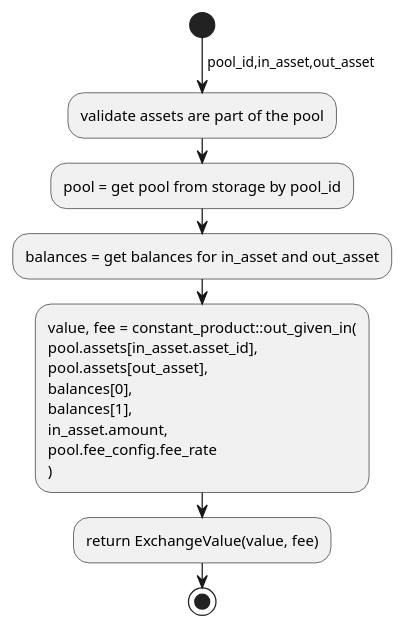
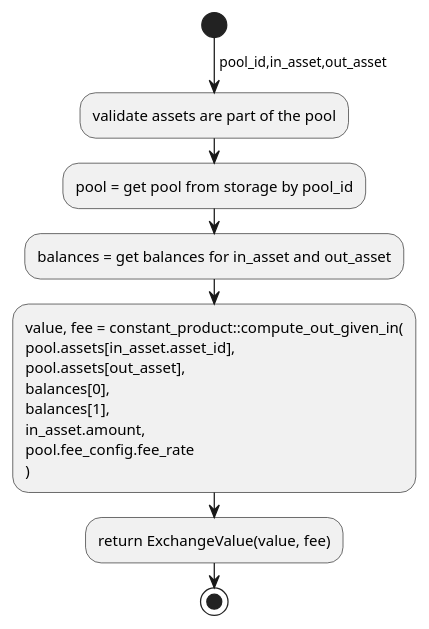
Before and after one commit to ComposableFi/composable: the second of 4 diagrams in rfcs/0008-pablo-lbp-cpp/0008-pablo-lbp-cpp-restructure.adoc, drawn with PlantUML. The commit also changed other lines of this file, not shown here.

```diff
--- a/rfcs/0008-pablo-lbp-cpp/0008-pablo-lbp-cpp-restructure.adoc
+++ b/rfcs/0008-pablo-lbp-cpp/0008-pablo-lbp-cpp-restructure.adoc
@@ -264,18 +288,18 @@
 [plantuml,images/pablo-amm-get-exchange-value,png]
 ----
 start
 ->pool_id,in_asset,out_asset;
 :validate assets are part of the pool;
 :pool = get pool from storage by pool_id;
 :balances = get balances for in_asset and out_asset;
-:value, fee = constant_product::out_given_in(
+:value, fee = constant_product::compute_out_given_in(
 pool.assets[in_asset.asset_id],
 pool.assets[out_asset],
 balances[0],
 balances[1],
 in_asset.amount,
 pool.fee_config.fee_rate
 );
 :return ExchangeValue(value, fee);
 stop
 ----
```
